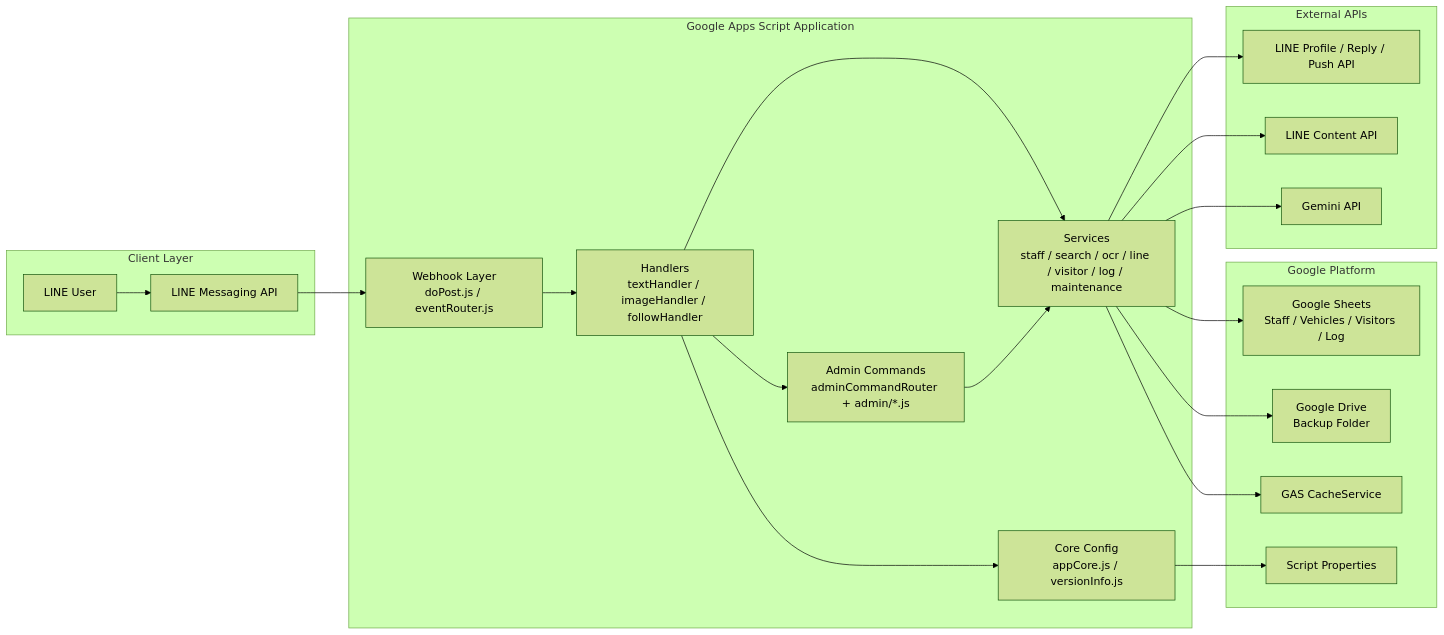
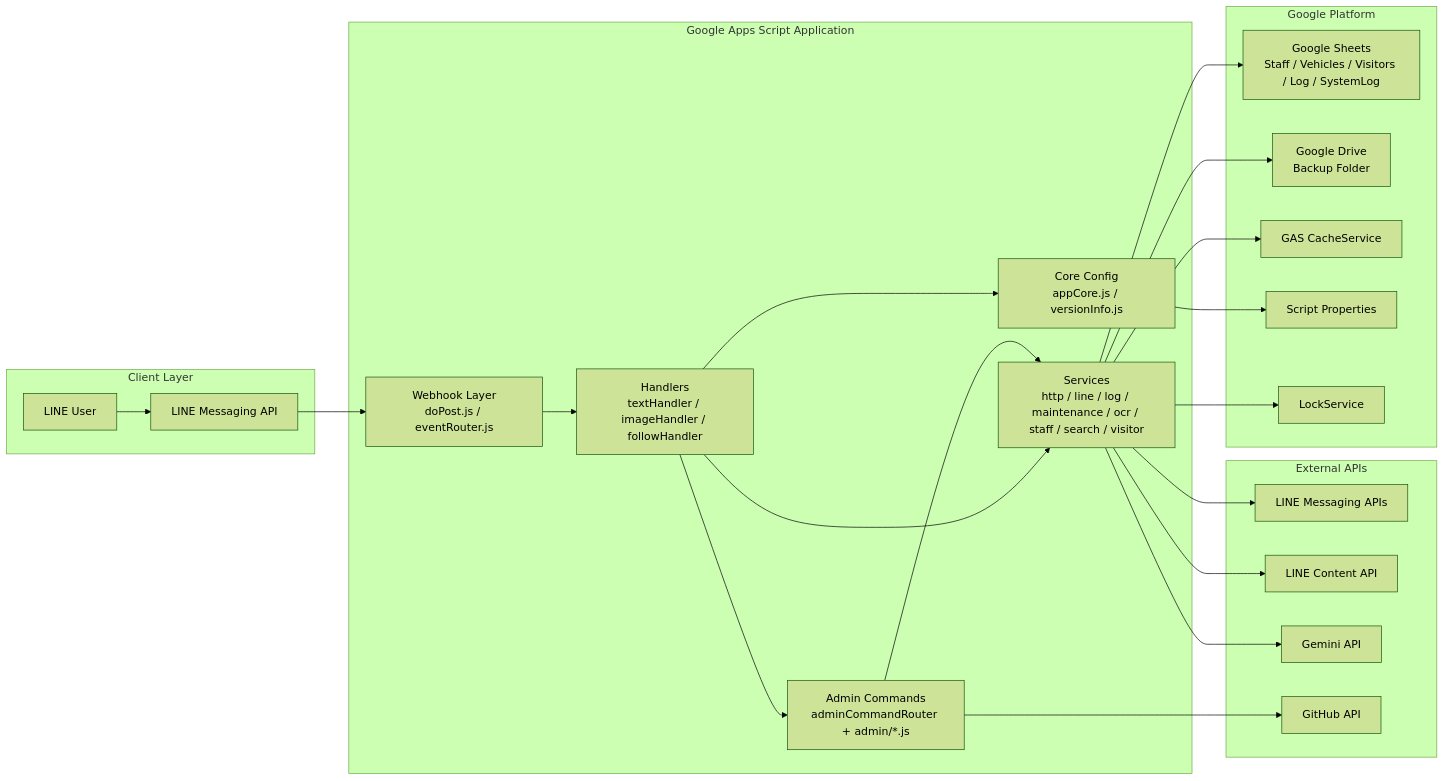
The second of 8 diagrams in docs/architecture-flow.md (triphopy/village_vehicle_koolpuntville10), drawn with Mermaid (forest theme) before and after one commit. The commit also changed other lines of this file and 5 other files, not shown here.

````diff
--- a/docs/architecture-flow.md
+++ b/docs/architecture-flow.md
@@ -44,43 +49,47 @@
 ```mermaid
 flowchart LR
     subgraph CLIENT["Client Layer"]
         U["LINE User"]
         LINE["LINE Messaging API"]
     end
 
     subgraph GAS["Google Apps Script Application"]
         WEBHOOK["Webhook Layer<br/>doPost.js / eventRouter.js"]
         HANDLERS["Handlers<br/>textHandler / imageHandler / followHandler"]
         COMMANDS["Admin Commands<br/>adminCommandRouter + admin/*.js"]
-        SERVICES["Services<br/>staff / search / ocr / line / visitor / log / maintenance"]
+        SERVICES["Services<br/>http / line / log / maintenance / ocr / staff / search / visitor"]
         CORE["Core Config<br/>appCore.js / versionInfo.js"]
     end
 
     subgraph GOOGLE["Google Platform"]
-        SHEETS["Google Sheets<br/>Staff / Vehicles / Visitors / Log"]
+        SHEETS["Google Sheets<br/>Staff / Vehicles / Visitors / Log / SystemLog"]
         DRIVE["Google Drive<br/>Backup Folder"]
         CACHE["GAS CacheService"]
         PROPS["Script Properties"]
+        LOCKS["LockService"]
     end
 
     subgraph EXTERNAL["External APIs"]
-        LINEAPI["LINE Profile / Reply / Push API"]
+        LINEAPI["LINE Messaging APIs"]
         LINECONTENT["LINE Content API"]
         GEMINI["Gemini API"]
+        GITHUB["GitHub API"]
     end
 
     U --> LINE
     LINE --> WEBHOOK
     WEBHOOK --> HANDLERS
     HANDLERS --> COMMANDS
     HANDLERS --> SERVICES
     HANDLERS --> CORE
     COMMANDS --> SERVICES
     SERVICES --> SHEETS
     SERVICES --> DRIVE
     SERVICES --> CACHE
+    SERVICES --> LOCKS
     CORE --> PROPS
     SERVICES --> LINEAPI
     SERVICES --> LINECONTENT
     SERVICES --> GEMINI
+    COMMANDS --> GITHUB
 ```
````
